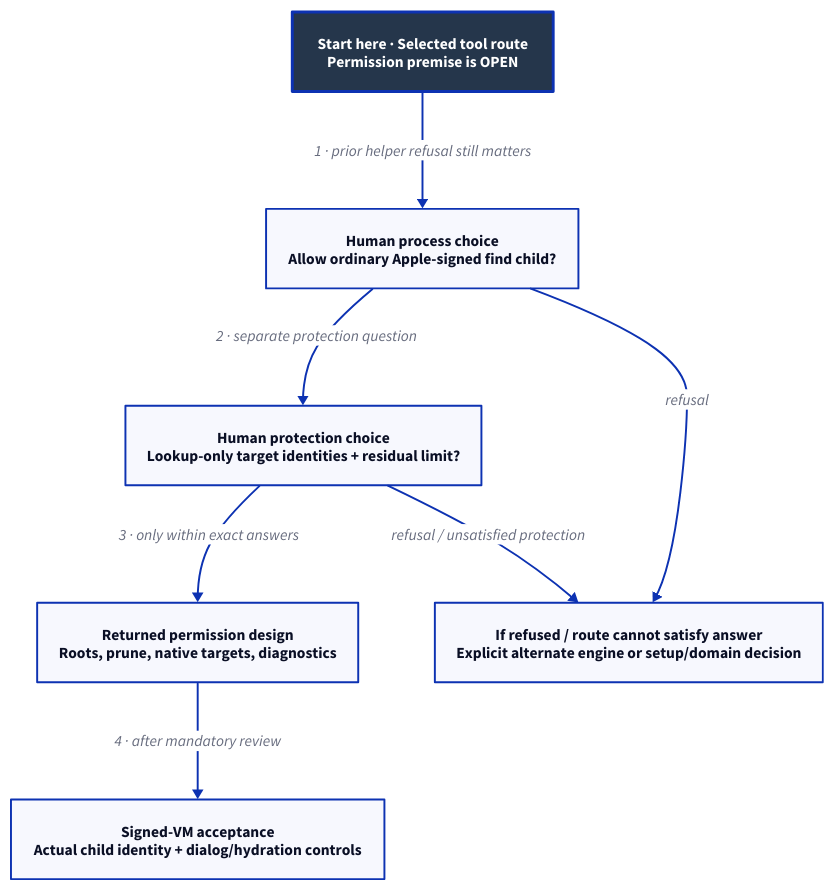
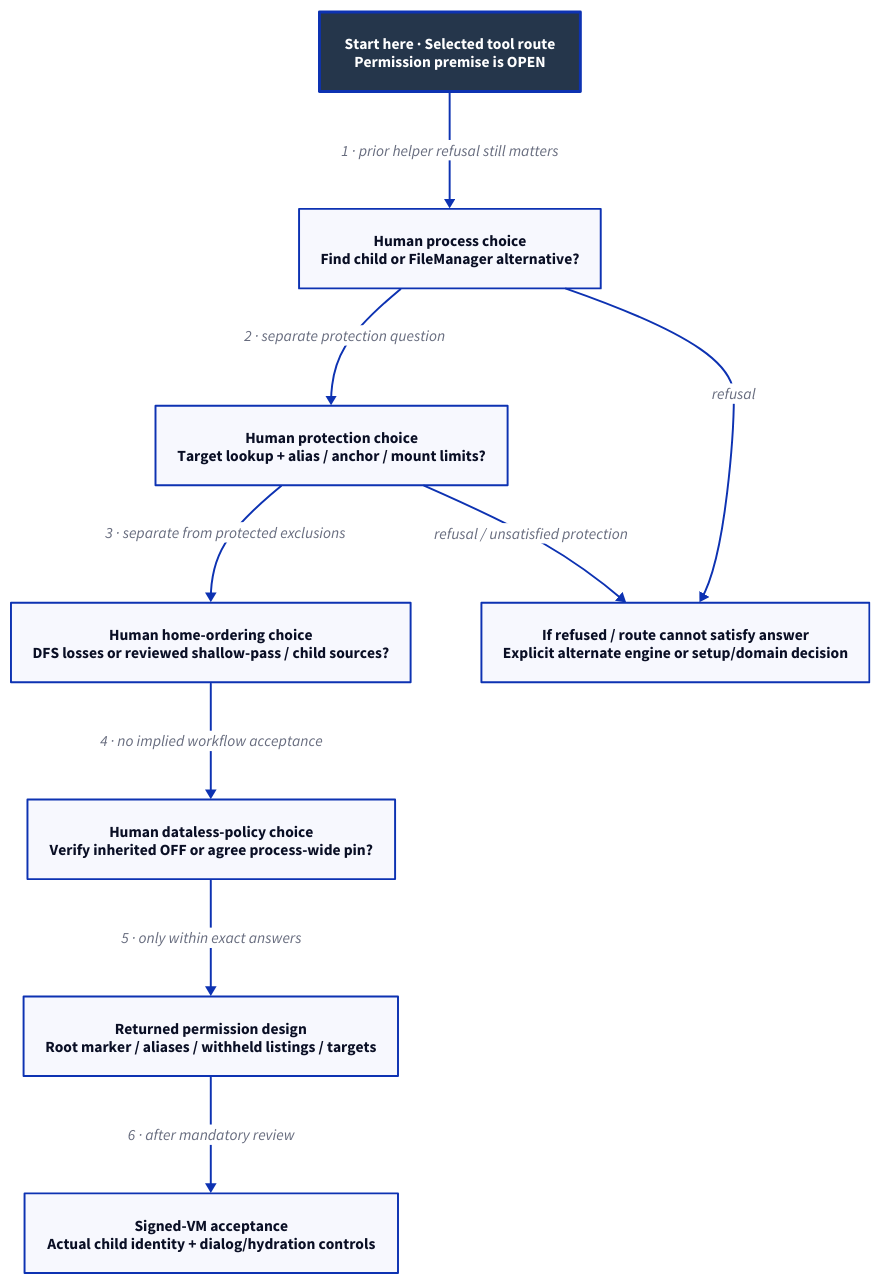
The diagram in docs/design/architecture/search-preopen.d2 (Linkuistics/Koine), drawn with D2 before and after one commit. The commit also changed 39 other files, not shown here.

Commit message:
Integrate the tool-backed search design review (search-tooling-k198)

```diff
--- a/docs/design/architecture/search-preopen.d2
+++ b/docs/design/architecture/search-preopen.d2
@@ -1,17 +1,21 @@
 # Selected mechanism, subject to human choices/review/native acceptance.
 direction: down
 classes: {
   start: {style: {fill: "#25364B"; font-color: "#FFFFFF"; bold: true; stroke-width: 3}}
 }
 Start: "Start here · Selected tool route\nPermission premise is OPEN" {class: start}
-Process: "Human process choice\nAllow ordinary Apple-signed find child?"
-Target: "Human protection choice\nLookup-only target identities + residual limit?"
-Return: "Returned permission design\nRoots, prune, native targets, diagnostics"
+Process: "Human process choice\nFind child or FileManager alternative?"
+Target: "Human protection choice\nTarget lookup + alias / anchor / mount limits?"
+Order: "Human home-ordering choice\nDFS losses or reviewed shallow-pass / child sources?"
+Dataless: "Human dataless-policy choice\nVerify inherited OFF or agree process-wide pin?"
+Return: "Returned permission design\nRoot marker / aliases / withheld listings / targets"
 Observe: "Signed-VM acceptance\nActual child identity + dialog/hydration controls"
 Revise: "If refused / route cannot satisfy answer\nExplicit alternate engine or setup/domain decision"
 Start -> Process: "1 · prior helper refusal still matters"
 Process -> Target: "2 · separate protection question"
-Target -> Return: "3 · only within exact answers"
+Target -> Order: "3 · separate from protected exclusions"
+Order -> Dataless: "4 · no implied workflow acceptance"
+Dataless -> Return: "5 · only within exact answers"
 Process -> Revise: "refusal"
 Target -> Revise: "refusal / unsatisfied protection"
-Return -> Observe: "4 · after mandatory review"
+Return -> Observe: "6 · after mandatory review"
```
